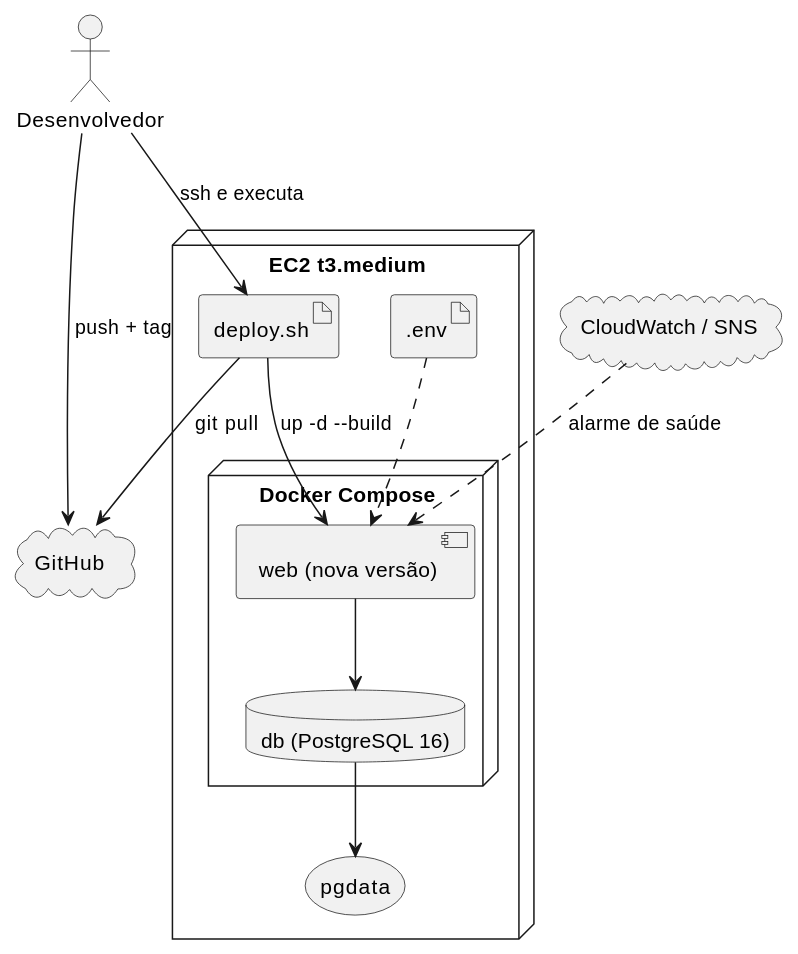
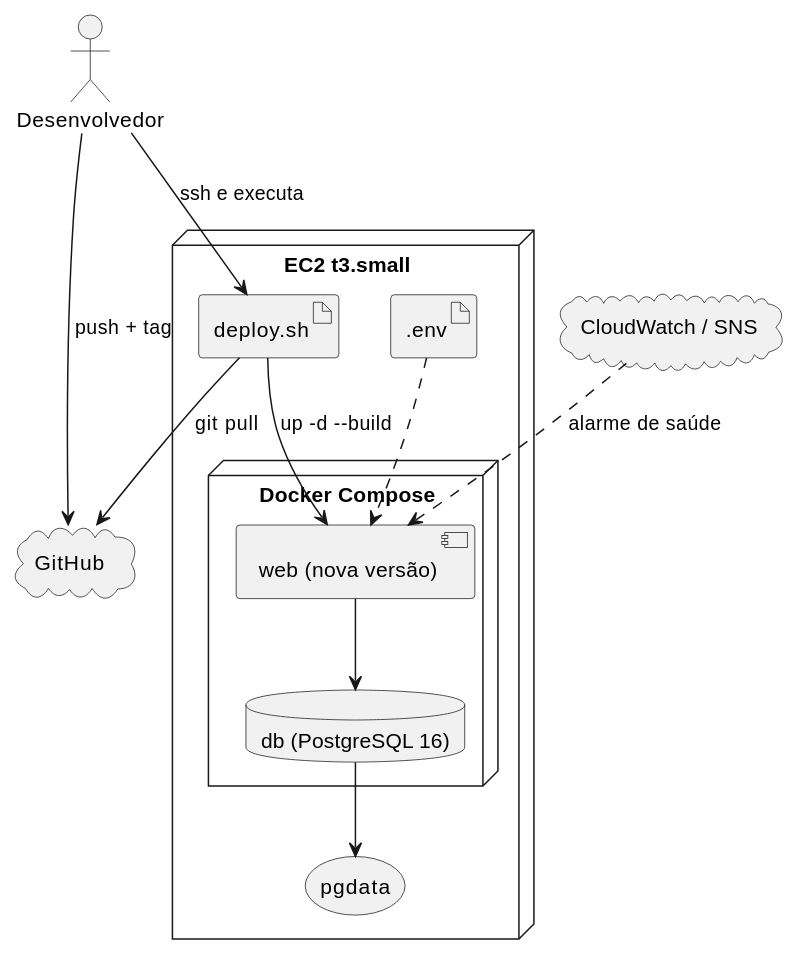
Before and after one commit to Projetos-de-Extensao/PC_ADS_26.2_8001_III: the first of 6 diagrams in docs/Transicao/ativ_deploy.md, drawn with PlantUML. The commit also changed other lines of this file and 9 other files, not shown here.

````diff
--- a/docs/Transicao/ativ_deploy.md
+++ b/docs/Transicao/ativ_deploy.md
@@ -78,25 +78,25 @@
 ```plantuml
 @startuml
 skinparam shadowing false
 actor Desenvolvedor as DEV
 cloud GitHub as GH
-node "EC2 t3.medium" {
+node "EC2 t3.small" {
   node "Docker Compose" {
     component "web (nova versão)" as WEB
     database "db (PostgreSQL 16)" as DB
   }
   storage "pgdata" as V
   artifact "deploy.sh" as SH
   artifact ".env" as ENV
 }
 cloud "CloudWatch / SNS" as CW
 DEV --> GH : push + tag
 DEV --> SH : ssh e executa
 SH --> GH : git pull
 SH --> WEB : up -d --build
 WEB --> DB
 DB --> V
 ENV ..> WEB
 CW ..> WEB : alarme de saúde
 @enduml
 ```
````
